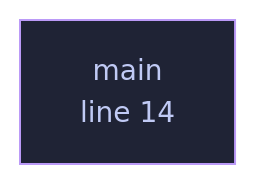
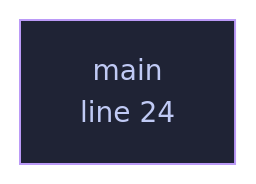
Before and after one commit to tilas01/veilvoice: the diagram in docs/files/veilvoice-crypto/examples-seal_and_open.md, drawn with Mermaid. The commit also changed other lines of this file and 487 other files, not shown here.

````diff
--- a/docs/files/veilvoice-crypto/examples-seal_and_open.md
+++ b/docs/files/veilvoice-crypto/examples-seal_and_open.md
@@ -47,8 +47,8 @@
 ```mermaid
 %%{init: {"theme":"base","themeVariables":{"background":"#1a1b26","primaryColor":"#1f2335","primaryTextColor":"#c0caf5","primaryBorderColor":"#7aa2f7","secondaryColor":"#16161e","tertiaryColor":"#16161e","lineColor":"#737aa2","textColor":"#c0caf5","mainBkg":"#1f2335","nodeBorder":"#7aa2f7","clusterBkg":"#16161e","clusterBorder":"#2f3549","fontFamily":"ui-monospace, SFMono-Regular, Consolas, monospace","fontSize":"14px"}}}%%
 flowchart TD
-    n_main["main<br/>line 14"]
-    click n_main href "https://github.com/tilas01/veilvoice/blob/main/crates/veilvoice-crypto/examples/seal_and_open.rs#L14" "open the source"
+    n_main["main<br/>line 24"]
+    click n_main href "https://github.com/tilas01/veilvoice/blob/main/crates/veilvoice-crypto/examples/seal_and_open.rs#L24" "open the source"
     classDef helper fill:#1f2335,stroke:#bb9af7,color:#c0caf5
     class n_main helper
 ```
````
